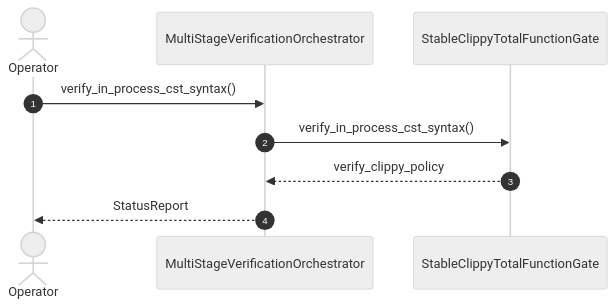
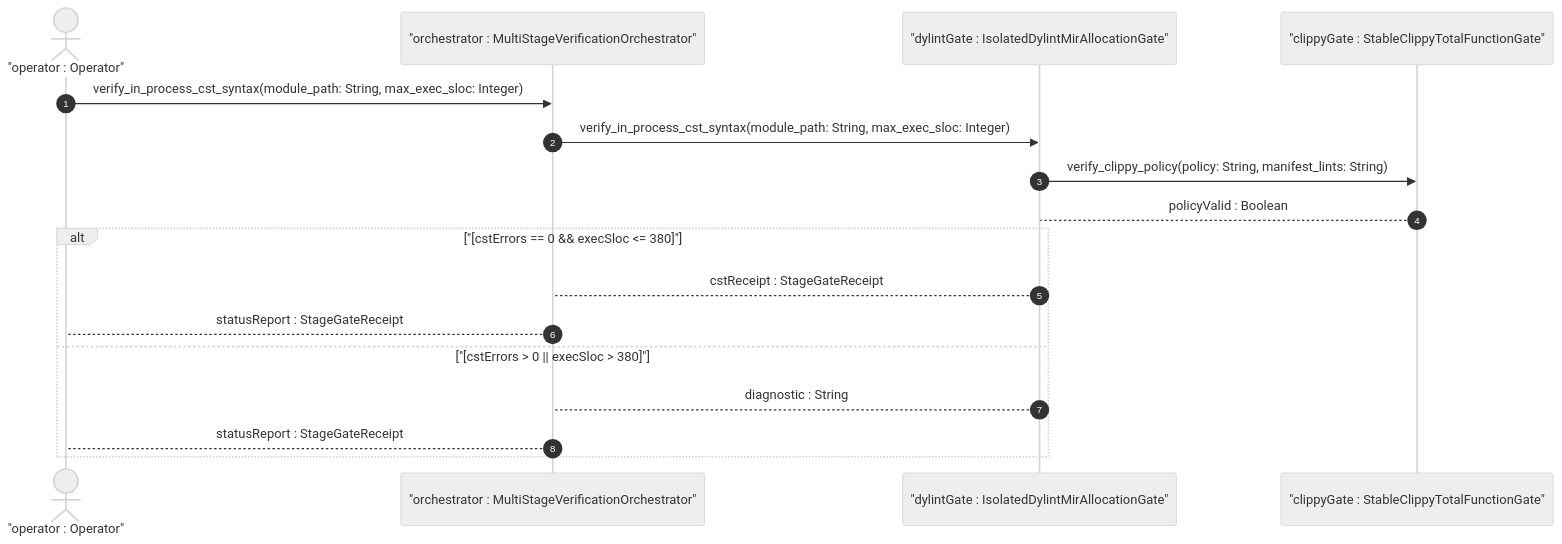
The first of 2 diagrams in .pipeline/upstream/docs/user-stories/US-62-verify_in_process_cst_syntax.md (gintatkinson/DEAP01-spec-core), drawn with Mermaid (neutral theme) before and after one commit. The commit also changed other lines of this file and 225 other files, not shown here.

````diff
--- a/.pipeline/upstream/docs/user-stories/US-62-verify_in_process_cst_syntax.md
+++ b/.pipeline/upstream/docs/user-stories/US-62-verify_in_process_cst_syntax.md
@@ -37,11 +38,19 @@
 ```mermaid
 sequenceDiagram
     autonumber
-    actor Operator
-    participant MultiStageVerificationOrchestrator
-    participant StableClippyTotalFunctionGate
-    Operator->>MultiStageVerificationOrchestrator: verify_in_process_cst_syntax()
-    MultiStageVerificationOrchestrator->>StableClippyTotalFunctionGate: verify_in_process_cst_syntax()
-    StableClippyTotalFunctionGate-->>MultiStageVerificationOrchestrator: verify_clippy_policy
-    MultiStageVerificationOrchestrator-->>Operator: StatusReport
+    actor Operator as "operator : Operator"
+    participant MultiStageVerificationOrchestrator as "orchestrator : MultiStageVerificationOrchestrator"
+    participant IsolatedDylintMirAllocationGate as "dylintGate : IsolatedDylintMirAllocationGate"
+    participant StableClippyTotalFunctionGate as "clippyGate : StableClippyTotalFunctionGate"
+    Operator->>MultiStageVerificationOrchestrator: verify_in_process_cst_syntax(module_path: String, max_exec_sloc: Integer)
+    MultiStageVerificationOrchestrator->>IsolatedDylintMirAllocationGate: verify_in_process_cst_syntax(module_path: String, max_exec_sloc: Integer)
+    IsolatedDylintMirAllocationGate->>StableClippyTotalFunctionGate: verify_clippy_policy(policy: String, manifest_lints: String)
+    StableClippyTotalFunctionGate-->IsolatedDylintMirAllocationGate: policyValid : Boolean
+    alt "[cstErrors == 0 && execSloc <= 380]"
+        IsolatedDylintMirAllocationGate-->MultiStageVerificationOrchestrator: cstReceipt : StageGateReceipt
+        MultiStageVerificationOrchestrator-->Operator: statusReport : StageGateReceipt
+    else "[cstErrors > 0 || execSloc > 380]"
+        IsolatedDylintMirAllocationGate-->MultiStageVerificationOrchestrator: diagnostic : String
+        MultiStageVerificationOrchestrator-->Operator: statusReport : StageGateReceipt
+    end
 ```
````
